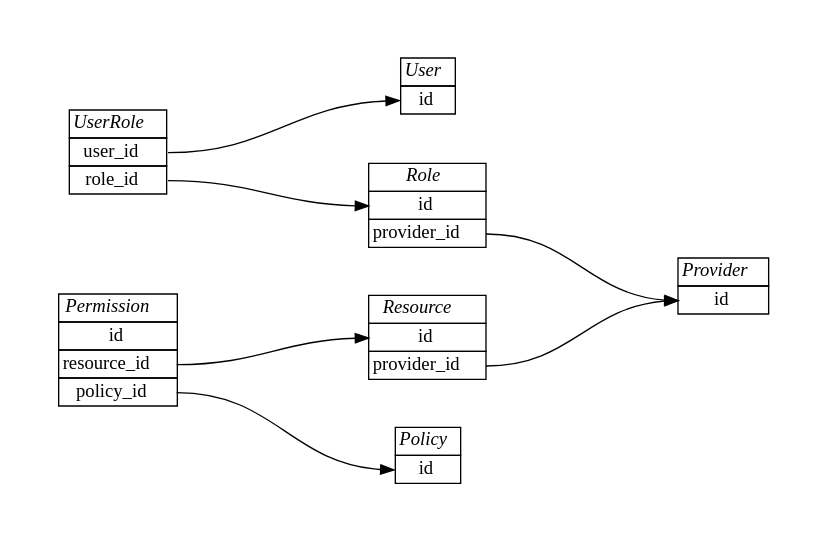
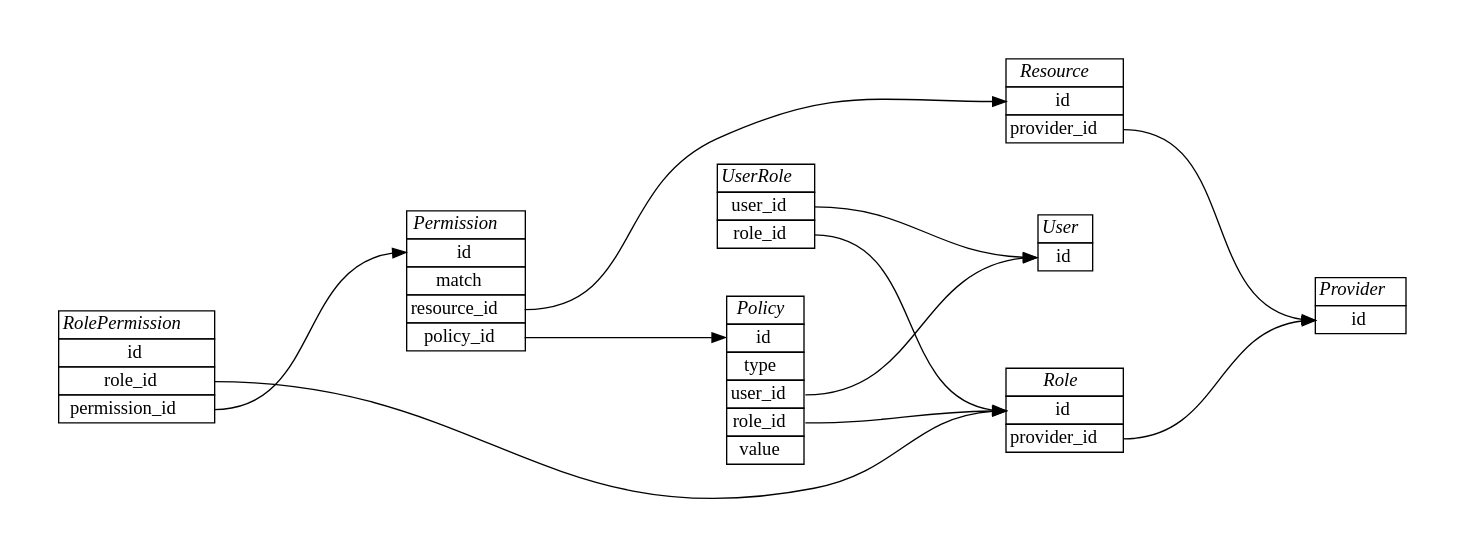
Before and after one commit to knowark/authark: the diagram in docs/architecture/domain.rst, drawn with Graphviz. The commit also changed other lines of this file, not shown here.

Commit message:
Add policy extra fields

```diff
--- a/docs/architecture/domain.rst
+++ b/docs/architecture/domain.rst
@@ -9,61 +9,79 @@
 .. graphviz::
 
    digraph {
     graph [pad="0.5", nodesep="0.5", ranksep="2"];
     node [shape=plain]
     rankdir=LR;
 
     User [label=<
     <table border="0" cellborder="1" cellspacing="0">
     <tr><td><i>User</i></td></tr>
     <tr><td port="id">id</td></tr>
     </table>>];
 
     UserRole [label=<
     <table border="0" cellborder="1" cellspacing="0">
     <tr><td><i>UserRole</i></td></tr>
     <tr><td port="user_id">user_id</td></tr>
     <tr><td port="role_id">role_id</td></tr>
     </table>>];
 
     Role [label=<
     <table border="0" cellborder="1" cellspacing="0">
     <tr><td><i>Role</i></td></tr>
     <tr><td port="id">id</td></tr>
     <tr><td port="provider_id">provider_id</td></tr>
     </table>>];
 
     Provider [label=<
     <table border="0" cellborder="1" cellspacing="0">
     <tr><td><i>Provider</i></td></tr>
     <tr><td port="id">id</td></tr>
     </table>>];
 
     Resource [label=<
     <table border="0" cellborder="1" cellspacing="0">
     <tr><td><i>Resource</i></td></tr>
     <tr><td port="id">id</td></tr>
     <tr><td port="provider_id">provider_id</td></tr>
     </table>>];
 
     Policy [label=<
     <table border="0" cellborder="1" cellspacing="0">
     <tr><td><i>Policy</i></td></tr>
     <tr><td port="id">id</td></tr>
+    <tr><td port="type">type</td></tr> 
+    <tr><td port="user_id">user_id</td></tr>  
+    <tr><td port="role_id">role_id</td></tr>
+    <tr><td port="value">value</td></tr>
     </table>>];
 
     Permission [label=<
     <table border="0" cellborder="1" cellspacing="0">
     <tr><td><i>Permission</i></td></tr>
     <tr><td port="id">id</td></tr>
+    <tr><td port="match">match</td></tr> 
     <tr><td port="resource_id">resource_id</td></tr> 
     <tr><td port="policy_id">policy_id</td></tr> 
     </table>>];
+
+    RolePermission [label=<
+    <table border="0" cellborder="1" cellspacing="0">
+    <tr><td><i>RolePermission</i></td></tr>
+    <tr><td port="id">id</td></tr>
+    <tr><td port="role_id">role_id</td></tr> 
+    <tr><td port="permission_id">permission_id</td></tr> 
+    </table>>];
+
 
     UserRole:user_id -> User:id;
     UserRole:role_id -> Role:id;
     Role:provider_id -> Provider:id;
     Resource:provider_id -> Provider:id;
     Permission:resource_id -> Resource:id; 
     Permission:policy_id -> Policy:id;
+    RolePermission:role_id -> Role:id;
+    RolePermission:permission_id -> Permission:id;
+    Policy:user_id -> User:id;
+    Policy:role_id -> Role:id;
     }
```
